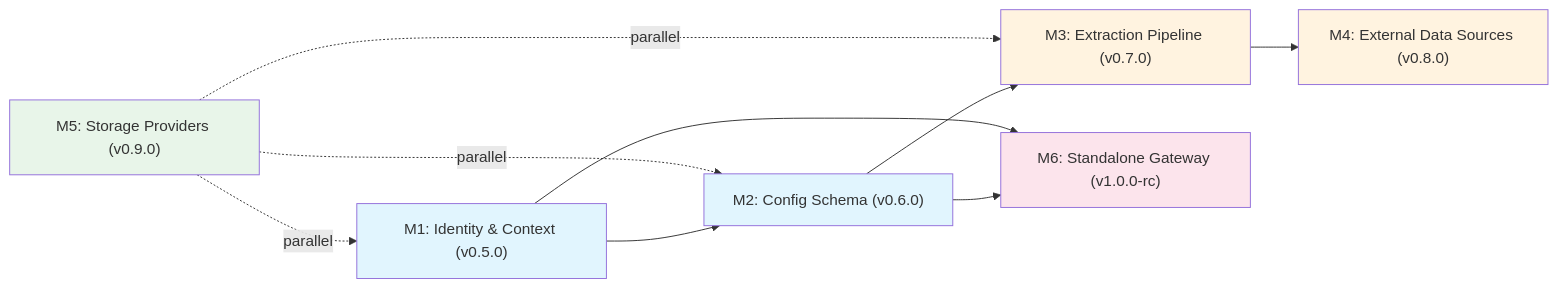
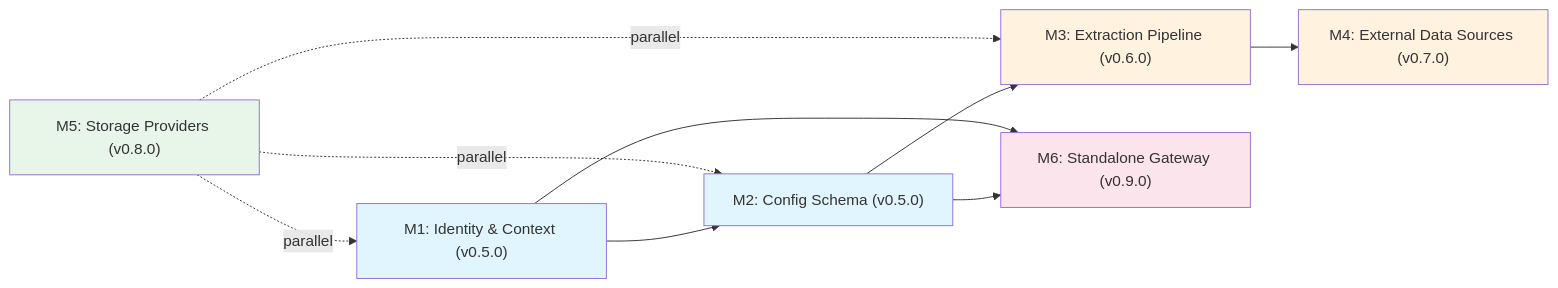
Before and after one commit to AstrocyteAI/astrocyte: the diagram in docs/_design/product-roadmap-v1.md, drawn with Mermaid. The commit also changed other lines of this file and 8 other files, not shown here.

````diff
--- a/docs/_design/product-roadmap-v1.md
+++ b/docs/_design/product-roadmap-v1.md
@@ -298,18 +300,18 @@
 ```mermaid
 graph LR
-    M1["M1: Identity & Context (v0.5.0)"] --> M2["M2: Config Schema (v0.6.0)"]
-    M2 --> M3["M3: Extraction Pipeline (v0.7.0)"]
-    M2 --> M6["M6: Standalone Gateway (v1.0.0-rc)"]
-    M3 --> M4["M4: External Data Sources (v0.8.0)"]
+    M1["M1: Identity & Context (v0.5.0)"] --> M2["M2: Config Schema (v0.5.0)"]
+    M2 --> M3["M3: Extraction Pipeline (v0.6.0)"]
+    M2 --> M6["M6: Standalone Gateway (v0.9.0)"]
+    M3 --> M4["M4: External Data Sources (v0.7.0)"]
     M1 --> M6
-    M5["M5: Storage Providers (v0.9.0)"] -.->|parallel| M1
+    M5["M5: Storage Providers (v0.8.0)"] -.->|parallel| M1
     M5 -.->|parallel| M2
     M5 -.->|parallel| M3
 
     style M1 fill:#e1f5fe
     style M2 fill:#e1f5fe
     style M3 fill:#fff3e0
     style M4 fill:#fff3e0
     style M5 fill:#e8f5e9
     style M6 fill:#fce4ec
 ```
````
